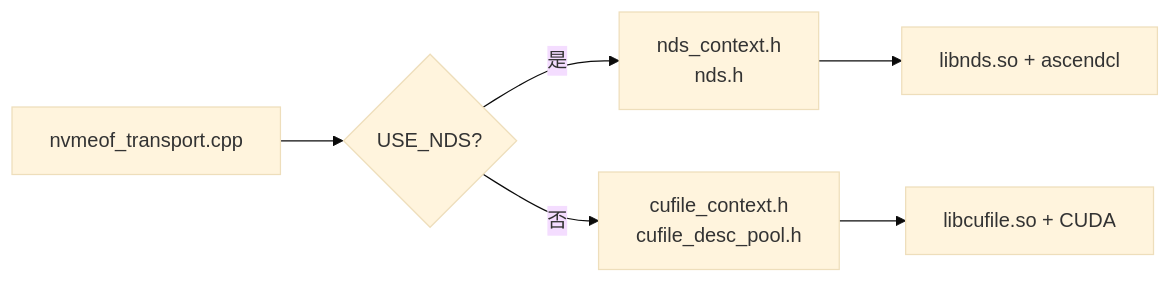
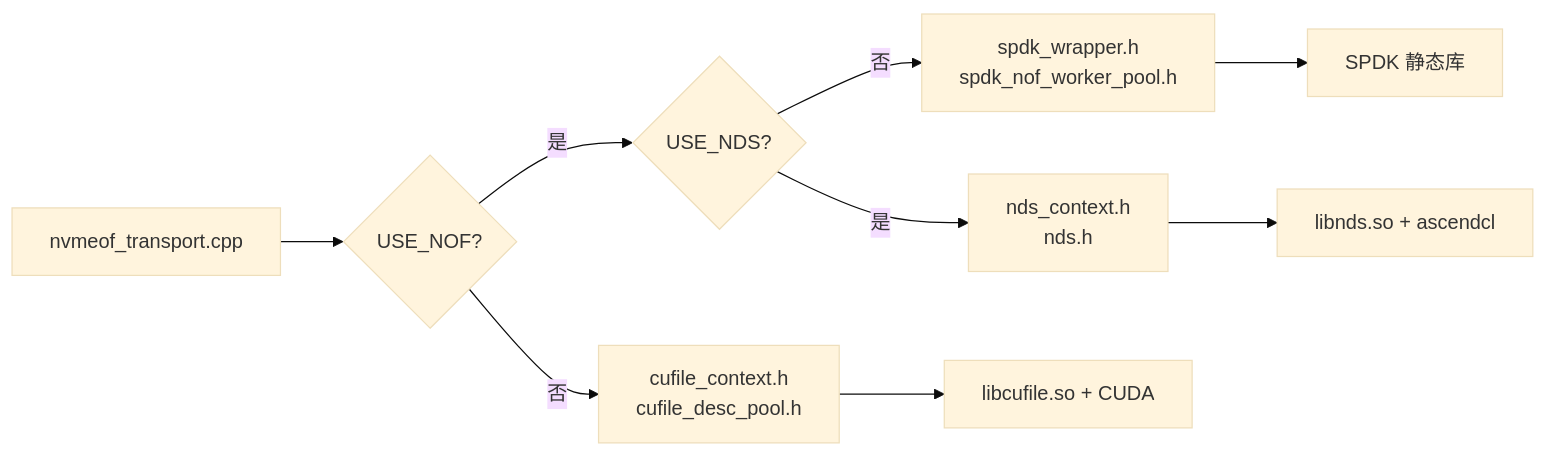
One commit to yz53665/Mooncake changed the second of 17 diagrams in docs/rfc-nds-nvmeof-transport-cn.md. Above: the diagram before and after it, drawn with Mermaid (base theme). The commit also changed other lines of this file, not shown here.

````diff
--- a/docs/rfc-nds-nvmeof-transport-cn.md
+++ b/docs/rfc-nds-nvmeof-transport-cn.md
@@ -110,8 +111,11 @@
 ```mermaid
 flowchart LR
-    SRC[nvmeof_transport.cpp] --> IS_NDS{USE_NDS?}
-    IS_NDS -->|是| INC1[nds_context.h<br/>nds.h]
-    IS_NDS -->|否| INC2[cufile_context.h<br/>cufile_desc_pool.h]
-    INC1 --> LINK1[libnds.so + ascendcl]
-    INC2 --> LINK2[libcufile.so + CUDA]
+    SRC[nvmeof_transport.cpp] --> IS_NOF{USE_NOF?}
+    IS_NOF -->|否| INC_GDS[cufile_context.h<br/>cufile_desc_pool.h]
+    IS_NOF -->|是| IS_NDS{USE_NDS?}
+    IS_NDS -->|否| INC_SPDK[spdk_wrapper.h<br/>spdk_nof_worker_pool.h]
+    IS_NDS -->|是| INC_NDS[nds_context.h<br/>nds.h]
+    INC_GDS --> LINK_GDS[libcufile.so + CUDA]
+    INC_SPDK --> LINK_SPDK[SPDK 静态库]
+    INC_NDS --> LINK_NDS[libnds.so + ascendcl]
 ```
````
